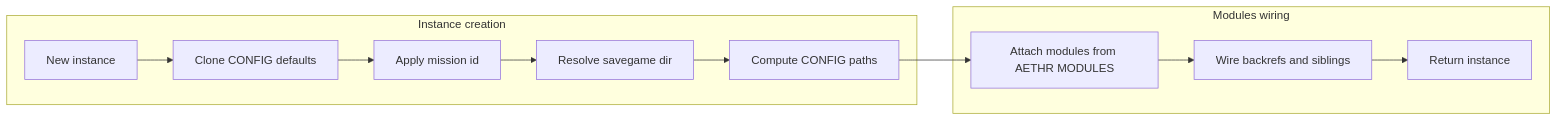
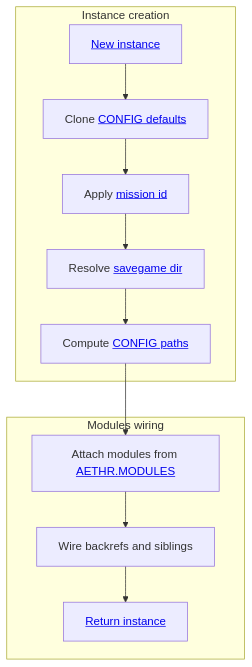
Before and after one commit to Gh0st352/AETHR: the first of 4 diagrams in docs/aethr/README.md, drawn with Mermaid. The commit also changed other lines of this file, not shown here.

Commit message:
docs(_mermaid): add clickable anchors to AETHR diagrams — embed source links in node labels, add click directives for flowcharts and commented click refs for sequence diagrams, and remove explicit LR flow direction

````diff
--- a/docs/aethr/README.md
+++ b/docs/aethr/README.md
@@ -33,25 +33,34 @@
 ```mermaid
 %% shared theme: docs/_mermaid/theme.json %%
-flowchart LR
+flowchart
   %% Groupings
   subgraph INSTANCE [Instance creation]
-    N[New instance]
-    C[Clone CONFIG defaults]
-    ID[Apply mission id]
-    SD[Resolve savegame dir]
-    PC[Compute CONFIG paths]
+    N[<a href='https://github.com/Gh0st352/AETHR/blob/main/dev/AETHR.lua#L65'>New instance</a>]
+    C[Clone <a href='https://github.com/Gh0st352/AETHR/blob/main/dev/AETHR.lua#L73'>CONFIG defaults</a>]
+    ID[Apply <a href='https://github.com/Gh0st352/AETHR/blob/main/dev/AETHR.lua#L80'>mission id</a>]
+    SD[Resolve <a href='https://github.com/Gh0st352/AETHR/blob/main/dev/AETHR.lua#L111'>savegame dir</a>]
+    PC[Compute <a href='https://github.com/Gh0st352/AETHR/blob/main/dev/AETHR.lua#L121'>CONFIG paths</a>]
   end
 
   subgraph MODULES [Modules wiring]
-    AM[Attach modules from AETHR MODULES]
+    AM[Attach modules from <a href='https://github.com/Gh0st352/AETHR/blob/main/dev/AETHR.lua#L40'>AETHR.MODULES</a>]
     BR[Wire backrefs and siblings]
-    RT[Return instance]
+    RT[<a href='https://github.com/Gh0st352/AETHR/blob/main/dev/AETHR.lua#L65'>Return instance</a>]
   end
 
   %% Flow
   N --> C --> ID --> SD --> PC --> AM --> BR --> RT
 
   %% Class assignments (house buckets)
   class N,RT class_result;
   class C,ID,SD,PC,AM,BR class_step;
+
+  click N "https://github.com/Gh0st352/AETHR/blob/main/dev/AETHR.lua#L65" "AETHR:New"
+  click C "https://github.com/Gh0st352/AETHR/blob/main/dev/AETHR.lua#L73" "shallow_copy / CONFIG defaults"
+  click ID "https://github.com/Gh0st352/AETHR/blob/main/dev/AETHR.lua#L80" "mission id select"
+  click SD "https://github.com/Gh0st352/AETHR/blob/main/dev/AETHR.lua#L111" "SAVEGAME_DIR resolve"
+  click PC "https://github.com/Gh0st352/AETHR/blob/main/dev/AETHR.lua#L121" "CONFIG folder path compute"
+  click AM "https://github.com/Gh0st352/AETHR/blob/main/dev/AETHR.lua#L40" "AETHR.MODULES"
+  click BR "https://github.com/Gh0st352/AETHR/blob/main/dev/AETHR.lua#L172" "Phase 2 wire backrefs and siblings"
+  click RT "https://github.com/Gh0st352/AETHR/blob/main/dev/AETHR.lua#L65" "return instance"
 ```
````
